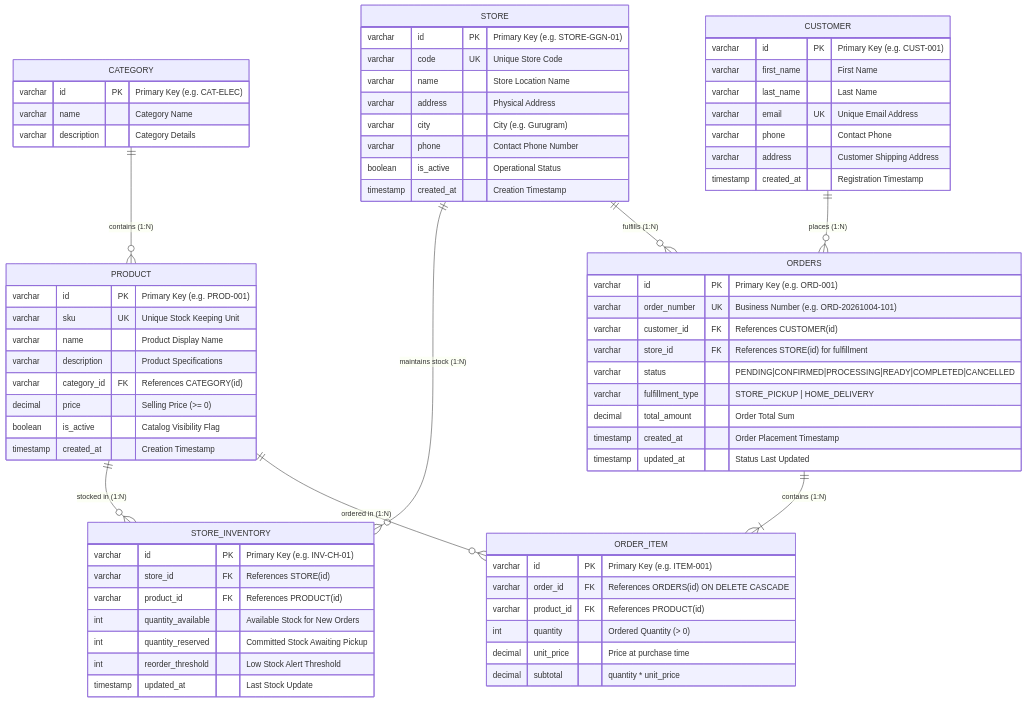
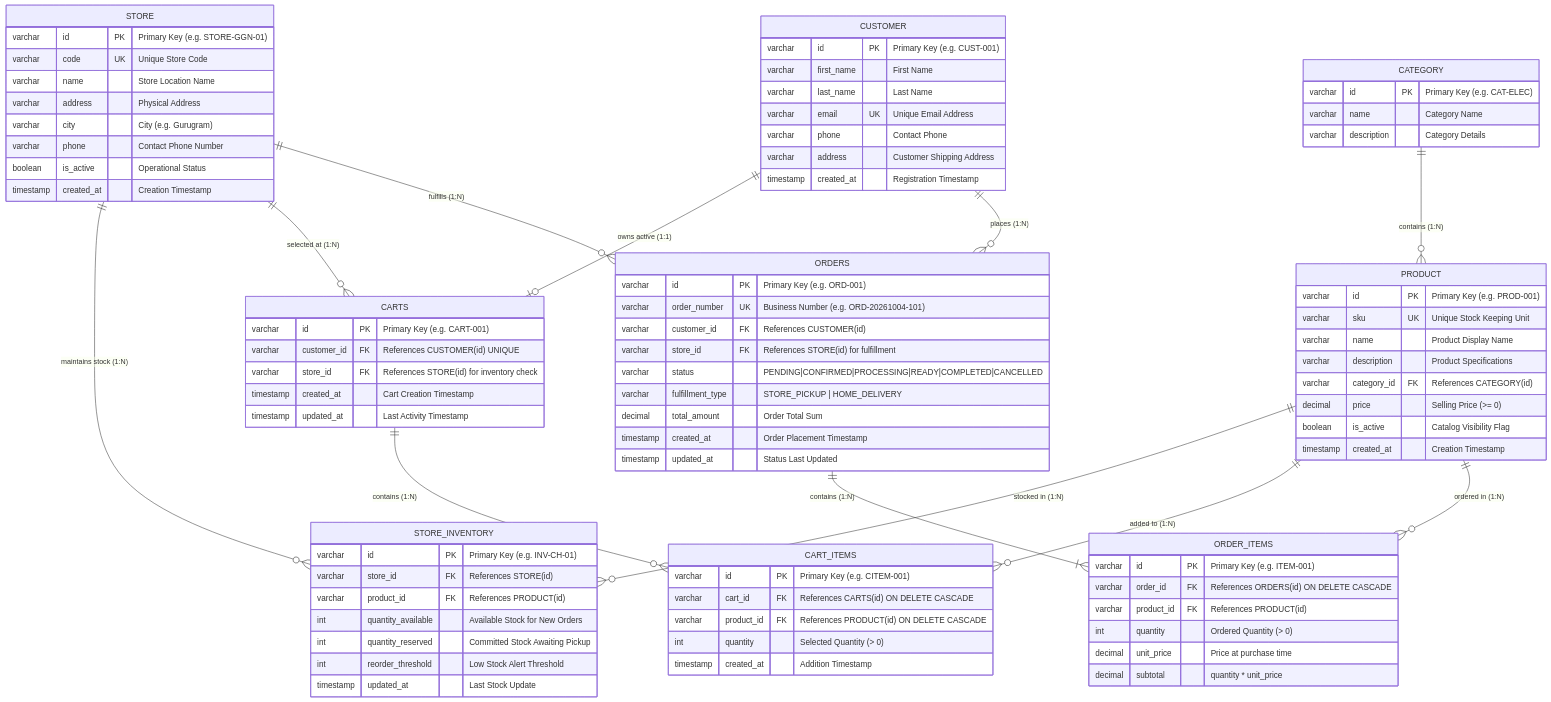
Before and after one commit to VINEETH1425/NormalDocs: the second of 2 diagrams in er-diagram.md, drawn with Mermaid. The commit also changed other lines of this file and 11 other files, not shown here.

```diff
--- a/er-diagram.md
+++ b/er-diagram.md
@@ -71,11 +81,17 @@
     STORE ||--o{ STORE_INVENTORY : "maintains stock (1:N)"
     PRODUCT ||--o{ STORE_INVENTORY : "stocked in (1:N)"
 
+    %% Shopping Cart Persistence Relationships
+    CUSTOMER ||--o| CARTS : "owns active (1:1)"
+    STORE ||--o{ CARTS : "selected at (1:N)"
+    CARTS ||--o{ CART_ITEMS : "contains (1:N)"
+    PRODUCT ||--o{ CART_ITEMS : "added to (1:N)"
+
     %% Customer & Order Placement Relationships
     CUSTOMER ||--o{ ORDERS : "places (1:N)"
     STORE ||--o{ ORDERS : "fulfills (1:N)"
-    ORDERS ||--|{ ORDER_ITEM : "contains (1:N)"
-    PRODUCT ||--o{ ORDER_ITEM : "ordered in (1:N)"
+    ORDERS ||--|{ ORDER_ITEMS : "contains (1:N)"
+    PRODUCT ||--o{ ORDER_ITEMS : "ordered in (1:N)"
 
     CATEGORY {
         varchar id PK "Primary Key (e.g. CAT-ELEC)"
@@ -125,6 +141,22 @@
         timestamp created_at "Registration Timestamp"
     }
 
+    CARTS {
+        varchar id PK "Primary Key (e.g. CART-001)"
+        varchar customer_id FK "References CUSTOMER(id) UNIQUE"
+        varchar store_id FK "References STORE(id) for inventory check"
+        timestamp created_at "Cart Creation Timestamp"
+        timestamp updated_at "Last Activity Timestamp"
+    }
+
+    CART_ITEMS {
+        varchar id PK "Primary Key (e.g. CITEM-001)"
+        varchar cart_id FK "References CARTS(id) ON DELETE CASCADE"
+        varchar product_id FK "References PRODUCT(id) ON DELETE CASCADE"
+        int quantity "Selected Quantity (> 0)"
+        timestamp created_at "Addition Timestamp"
+    }
+
     ORDERS {
         varchar id PK "Primary Key (e.g. ORD-001)"
         varchar order_number UK "Business Number (e.g. ORD-20261004-101)"
@@ -137,7 +169,7 @@
         timestamp updated_at "Status Last Updated"
     }
 
-    ORDER_ITEM {
+    ORDER_ITEMS {
         varchar id PK "Primary Key (e.g. ITEM-001)"
         varchar order_id FK "References ORDERS(id) ON DELETE CASCADE"
         varchar product_id FK "References PRODUCT(id)"
```
